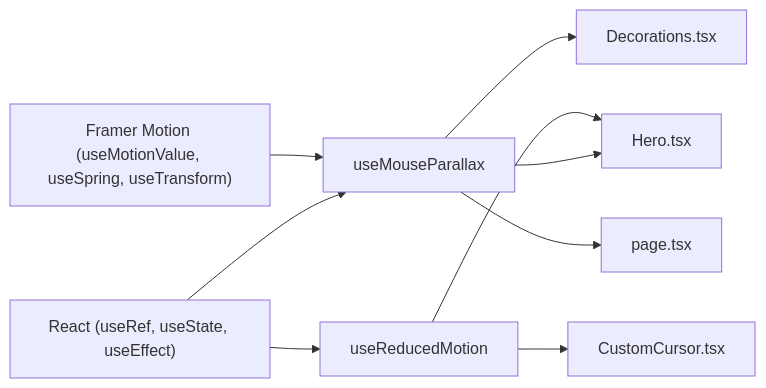
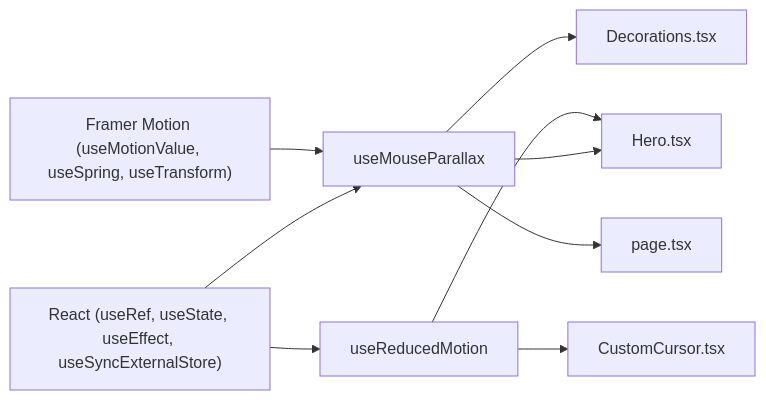
The third of 3 diagrams in .qoder/repowiki/en/content/Animation System/Animation Hooks.md (tee-15/portfolio-tee), drawn with Mermaid before and after one commit. The commit also changed other lines of this file and 27 other files, not shown here.

````diff
--- a/.qoder/repowiki/en/content/Animation System/Animation Hooks.md
+++ b/.qoder/repowiki/en/content/Animation System/Animation Hooks.md
@@ -228,11 +247,11 @@
 ```mermaid
 graph LR
-React["React (useRef, useState, useEffect)"] --> UMP["useMouseParallax"]
+React["React (useRef, useState, useEffect, useSyncExternalStore)"] --> UMP["useMouseParallax"]
 React --> URM["useReducedMotion"]
 FM["Framer Motion (useMotionValue, useSpring, useTransform)"] --> UMP
 UMP --> HERO["Hero.tsx"]
 UMP --> DEC["Decorations.tsx"]
 UMP --> PAGE["page.tsx"]
 URM --> HERO
 URM --> CUR["CustomCursor.tsx"]
 ```
````
